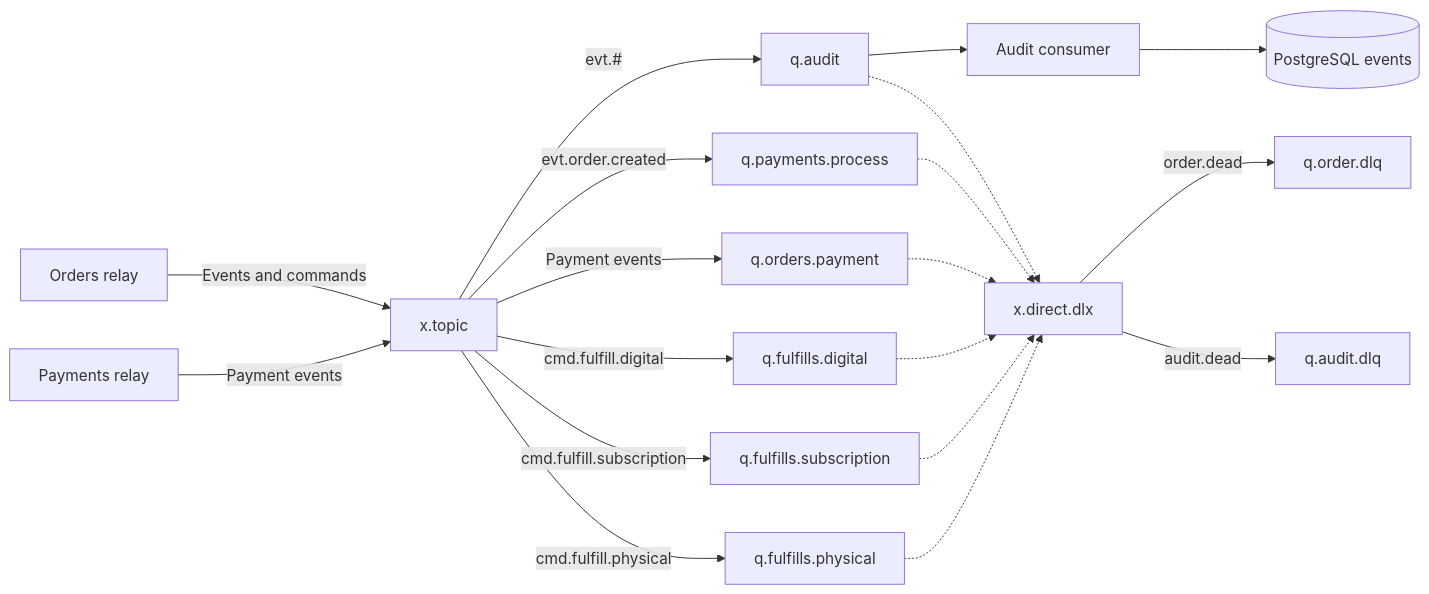
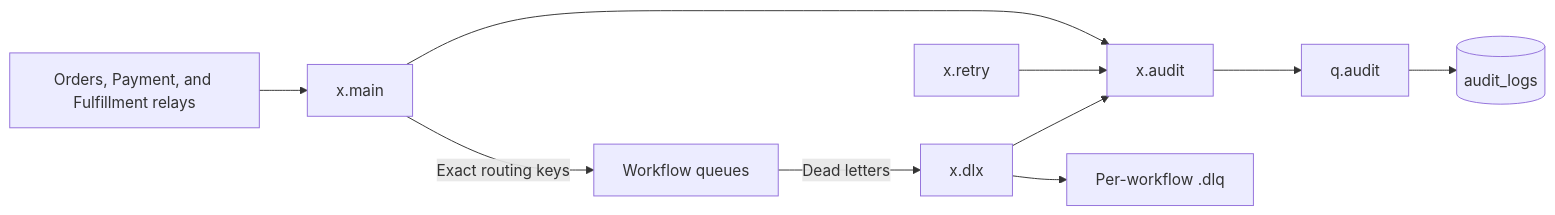
One commit to dinno7/distributed-ecommerce changed the diagram in docs/contracts.md. Above: the diagram before and after it, drawn with Mermaid. The commit also changed other lines of this file and 30 other files, not shown here.

````diff
--- a/docs/contracts.md
+++ b/docs/contracts.md
@@ -167,21 +138,12 @@
 ```mermaid
 flowchart LR
-    OrdersRelay[Orders relay] -->|Events and commands| Topic[x.topic]
-    PaymentsRelay[Payments relay] -->|Payment events| Topic
-    Topic -->|evt.#| AuditQueue[q.audit]
-    AuditQueue --> AuditConsumer[Audit consumer]
-    AuditConsumer --> Events[(PostgreSQL events)]
-    Topic -->|evt.order.created| Pay[q.payments.process]
-    Topic -->|Payment events| OrdersPayment[q.orders.payment]
-    Topic -->|cmd.fulfill.digital| Digital[q.fulfills.digital]
-    Topic -->|cmd.fulfill.subscription| Subscription[q.fulfills.subscription]
-    Topic -->|cmd.fulfill.physical| Physical[q.fulfills.physical]
-    Pay -.-> DLX[x.direct.dlx]
-    OrdersPayment -.-> DLX
-    Digital -.-> DLX
-    Subscription -.-> DLX
-    Physical -.-> DLX
-    AuditQueue -.-> DLX
-    DLX -->|order.dead| DLQ[q.order.dlq]
-    DLX -->|audit.dead| AuditDLQ[q.audit.dlq]
+    Relays["Orders, Payment, and Fulfillment relays"] --> Main[x.main]
+    Main -->|Exact routing keys| Work[Workflow queues]
+    Main --> Audit[x.audit]
+    Retry[x.retry] --> Audit
+    Work -->|Dead letters| DLX[x.dlx]
+    DLX --> Queues["Per-workflow .dlq"]
+    DLX --> Audit
+    Audit --> Queue[q.audit]
+    Queue --> Logs[(audit_logs)]
 ```
````
